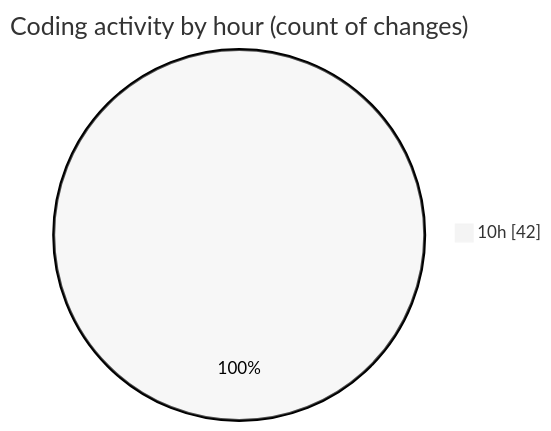
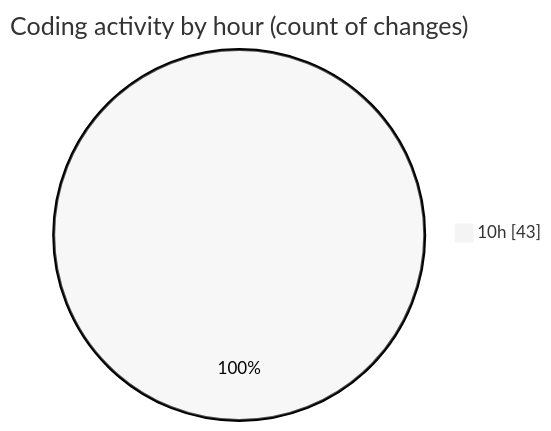
The second of 2 diagrams in 2025-10-29/cda/README.md (momahboobian/code-tracking), drawn with Mermaid (neutral theme) before and after one commit. The commit also changed other lines of this file and 1 other file, not shown here.

````diff
--- a/2025-10-29/cda/README.md
+++ b/2025-10-29/cda/README.md
@@ -45,5 +45,5 @@
 ```mermaid
 pie showData
 title Coding activity by hour (count of changes)
-"10h" : 42
+"10h" : 43
 ```
````
